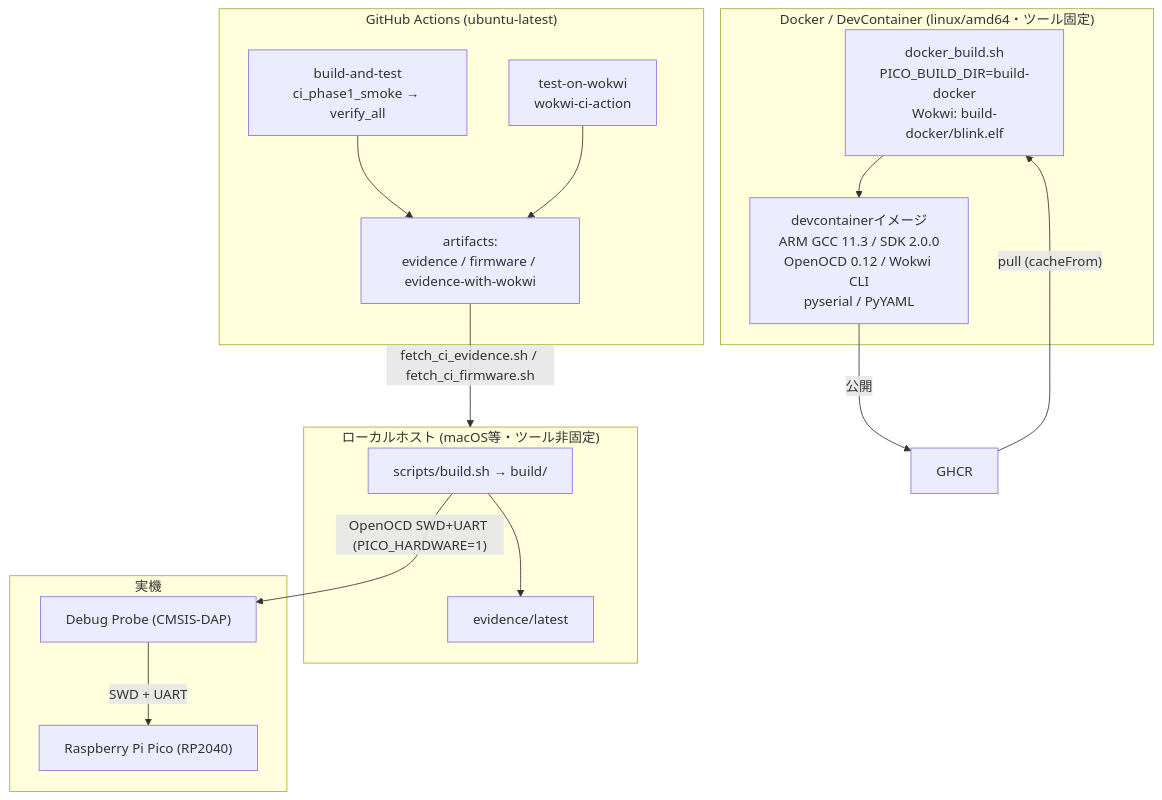
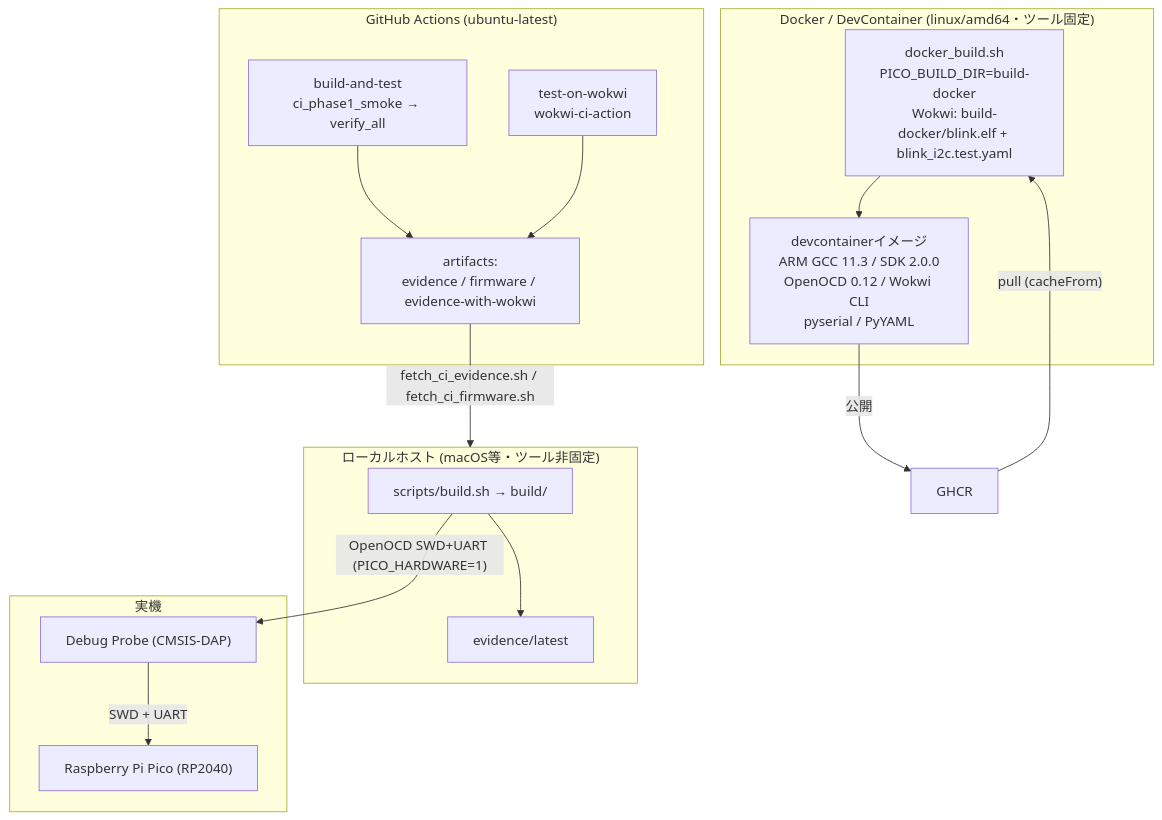
One commit to capybara-works/pico-sdk-blink changed the diagram in docs/architecture/06_deployment.md. Above: the diagram before and after it, drawn with Mermaid. The commit also changed other lines of this file and 24 other files, not shown here.

````diff
--- a/docs/architecture/06_deployment.md
+++ b/docs/architecture/06_deployment.md
@@ -6,35 +6,35 @@
 ```mermaid
 flowchart TB
     subgraph local["ローカルホスト (macOS等・ツール非固定)"]
         lh["scripts/build.sh → build/"]
         lev["evidence/latest"]
         lh --> lev
     end
 
     subgraph docker["Docker / DevContainer (linux/amd64・ツール固定)"]
-        dk["docker_build.sh<br/>PICO_BUILD_DIR=build-docker<br/>Wokwi: build-docker/blink.elf"]
+        dk["docker_build.sh<br/>PICO_BUILD_DIR=build-docker<br/>Wokwi: build-docker/blink.elf + blink_i2c.test.yaml"]
         dimg["devcontainerイメージ<br/>ARM GCC 11.3 / SDK 2.0.0<br/>OpenOCD 0.12 / Wokwi CLI<br/>pyserial / PyYAML"]
         dk --> dimg
     end
 
     subgraph ci["GitHub Actions (ubuntu-latest)"]
         j1["build-and-test<br/>ci_phase1_smoke → verify_all"]
         j2["test-on-wokwi<br/>wokwi-ci-action"]
         arts["artifacts:<br/>evidence / firmware / evidence-with-wokwi"]
         j1 --> arts
         j2 --> arts
     end
 
     subgraph hw["実機"]
         probe["Debug Probe (CMSIS-DAP)"]
         pico["Raspberry Pi Pico (RP2040)"]
         probe -->|"SWD + UART"| pico
     end
 
     ghcr["GHCR"]
 
     dimg -->|"公開"| ghcr
     ghcr -->|"pull (cacheFrom)"| dk
     arts -->|"fetch_ci_evidence.sh / fetch_ci_firmware.sh"| local
     lh -->|"OpenOCD SWD+UART (PICO_HARDWARE=1)"| probe
 ```
````
